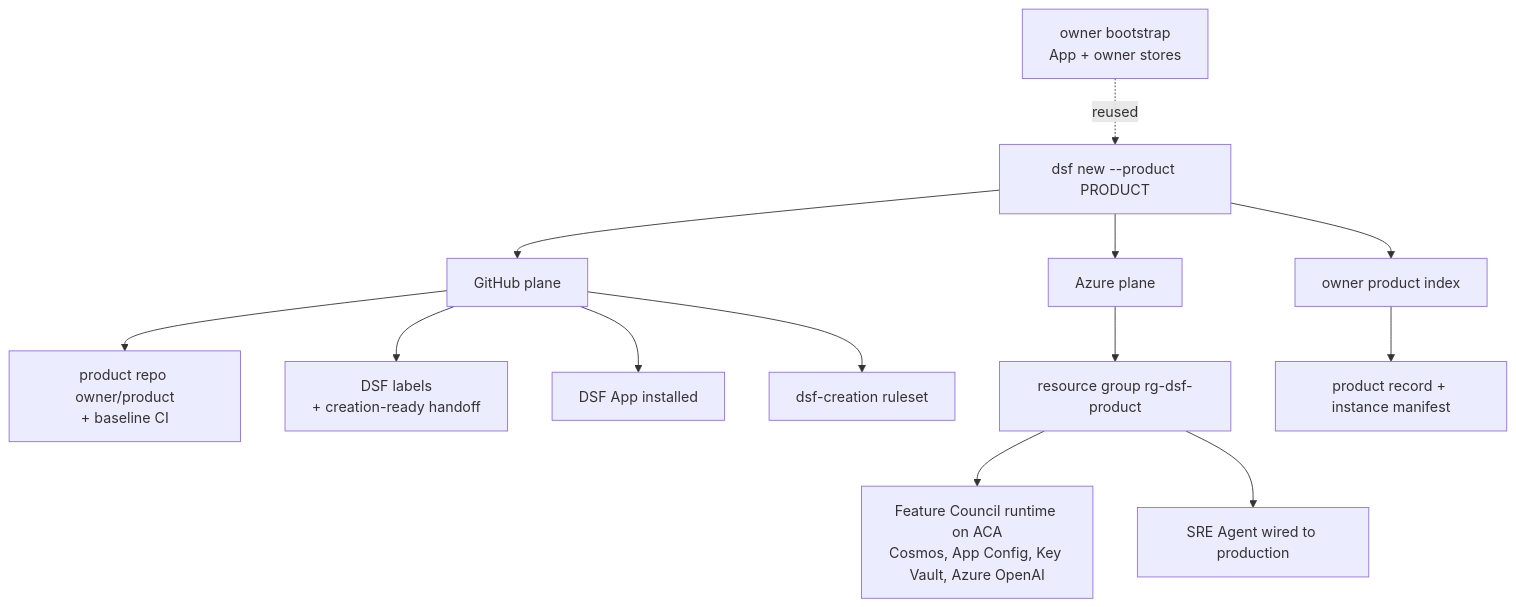
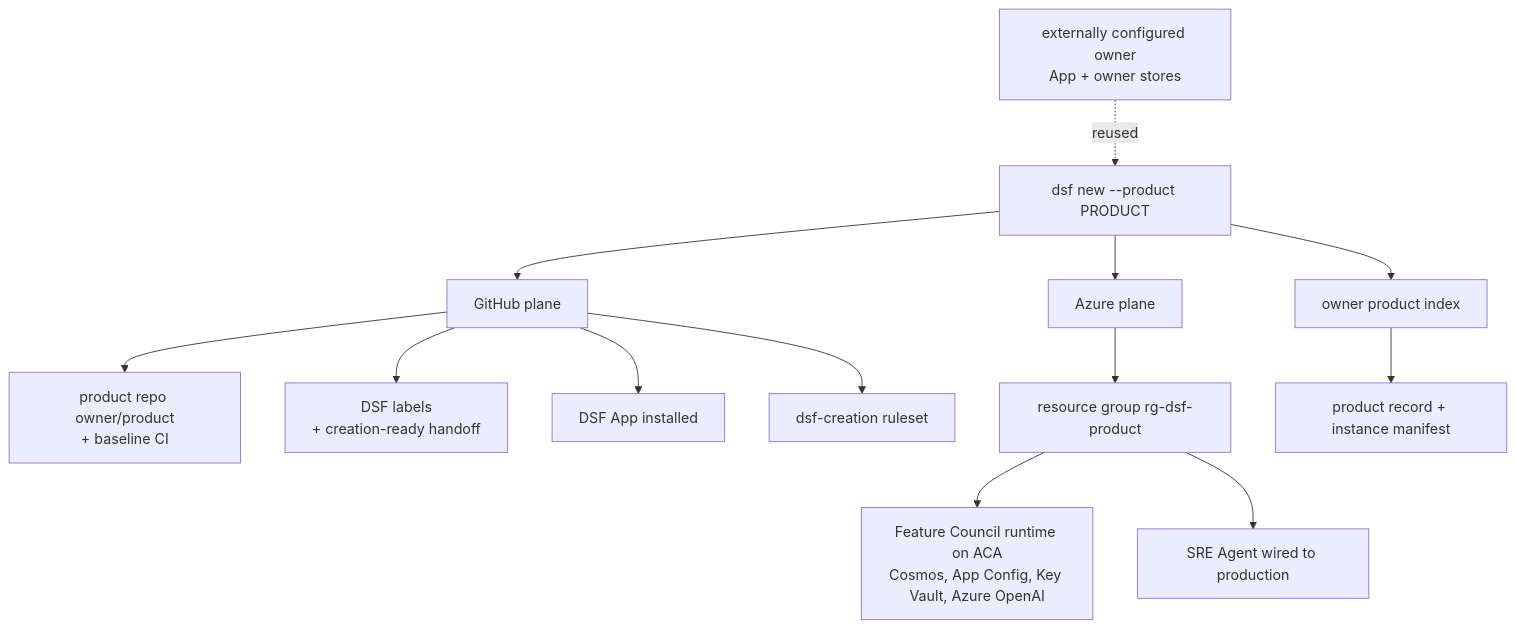
Before and after one commit to JoranBergfeld/dark-software-factory: the diagram in docs/site/get-started/provision-a-factory.md, drawn with Mermaid. The commit also changed other lines of this file and 4 other files, not shown here.

````diff
--- a/docs/site/get-started/provision-a-factory.md
+++ b/docs/site/get-started/provision-a-factory.md
@@ -77,16 +78,16 @@
 ```mermaid
 flowchart TD
-    boot["owner bootstrap<br/>App + owner stores"] -.->|reused| new
+    boot["externally configured owner<br/>App + owner stores"] -.->|reused| new
     new["dsf new --product PRODUCT"]
     new --> ghp["GitHub plane"]
     new --> azp["Azure plane"]
     new --> regp["owner product index"]
     ghp --> repo["product repo owner/product<br/>+ baseline CI"]
     ghp --> labels["DSF labels<br/>+ creation-ready handoff"]
     ghp --> appinst["DSF App installed"]
     ghp --> ruleset["dsf-creation ruleset"]
     azp --> rg["resource group rg-dsf-product"]
     rg --> runtime["Feature Council runtime on ACA<br/>Cosmos, App Config, Key Vault, Azure OpenAI"]
     rg --> sre["SRE Agent wired to production"]
     regp --> rec["product record + instance manifest"]
 ```
````
